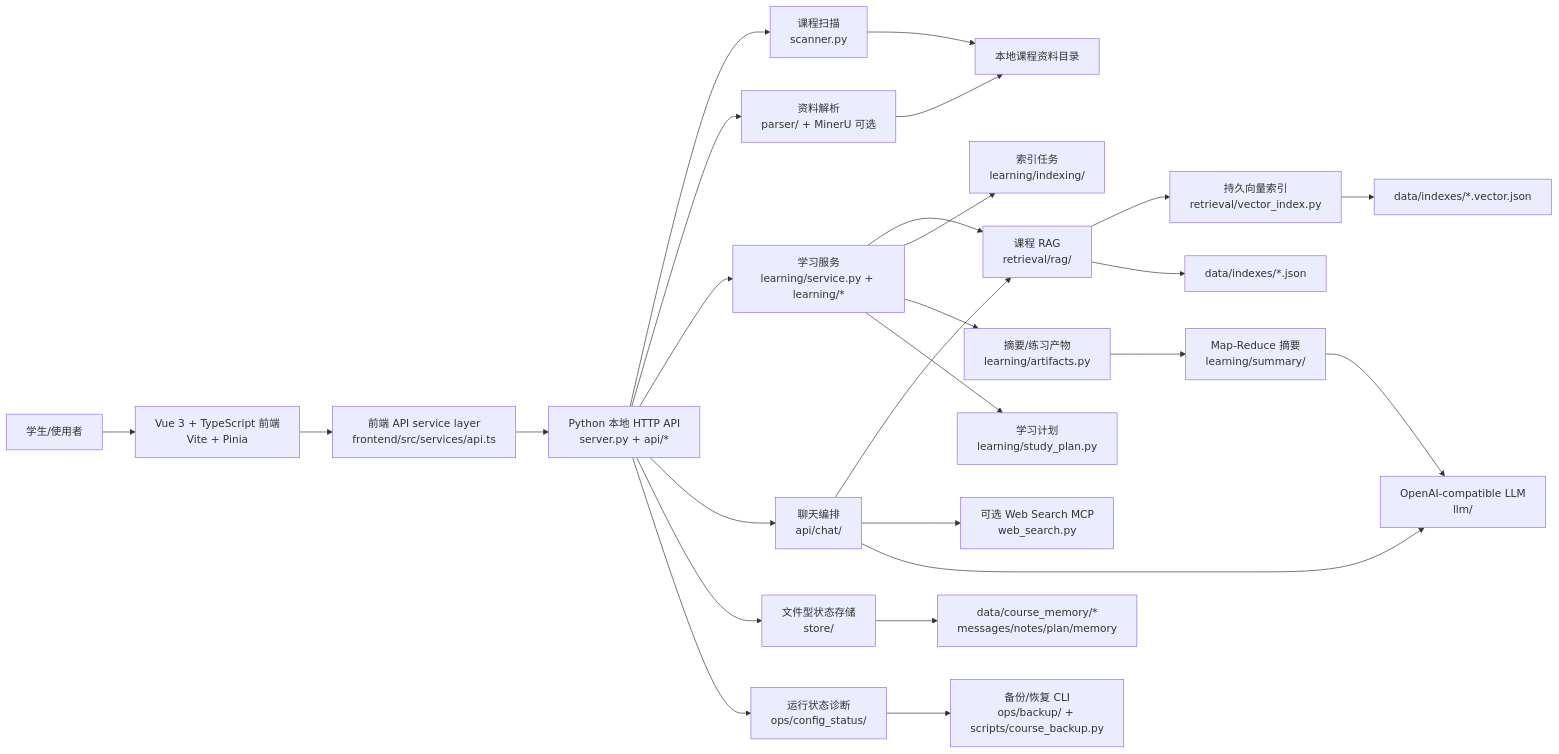
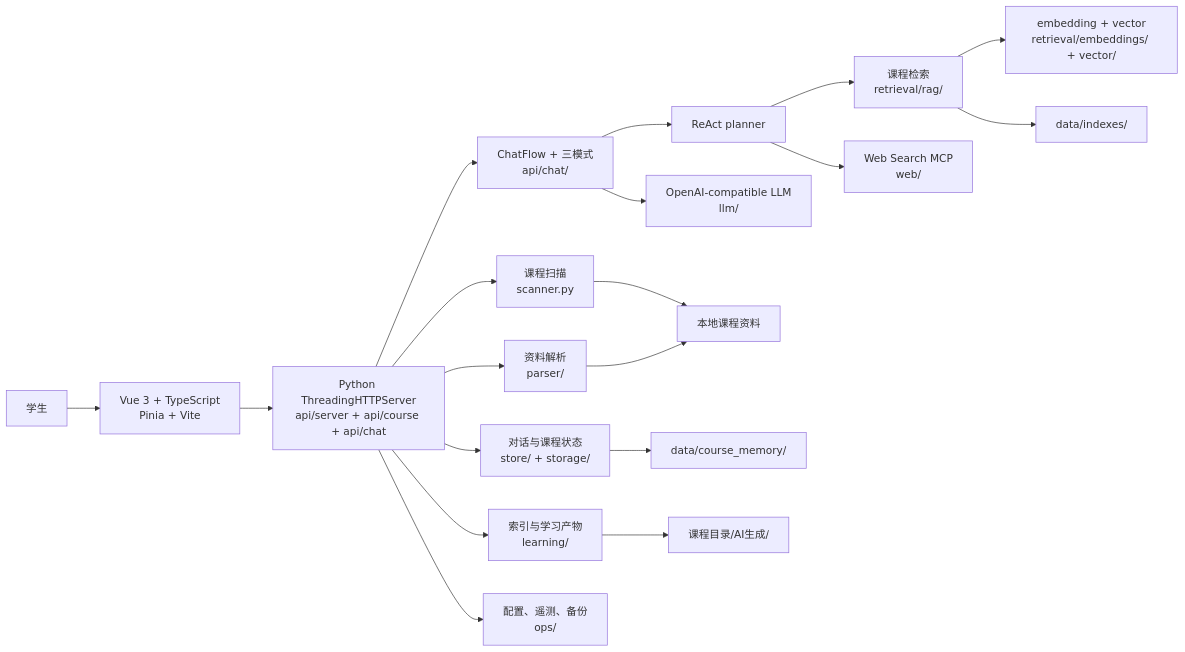
Before and after one commit to LuMH1027/ai-learn-assistant: the first of 5 diagrams in docs/夏季实训提交材料/系统设计.md, drawn with Mermaid. The commit also changed other lines of this file and 50 other files, not shown here.

````diff
--- a/docs/夏季实训提交材料/系统设计.md
+++ b/docs/夏季实训提交材料/系统设计.md
@@ -7,31 +9,24 @@
 ```mermaid
 flowchart LR
-    User["学生/使用者"] --> Browser["Vue 3 + TypeScript 前端<br/>Vite + Pinia"]
-    Browser --> FrontApi["前端 API service layer<br/>frontend/src/services/api.ts"]
-    FrontApi --> API["Python 本地 HTTP API<br/>server.py + api/*"]
+    User["学生"] --> Frontend["Vue 3 + TypeScript<br/>Pinia + Vite"]
+    Frontend --> API["Python ThreadingHTTPServer<br/>api/server + api/course + api/chat"]
 
     API --> Scanner["课程扫描<br/>scanner.py"]
-    API --> Parser["资料解析<br/>parser/ + MinerU 可选"]
-    API --> Learning["学习服务<br/>learning/service.py + learning/*"]
-    API --> Chat["聊天编排<br/>api/chat/"]
-    API --> Store["文件型状态存储<br/>store/"]
-    API --> Ops["运行状态诊断<br/>ops/config_status/"]
+    API --> Parser["资料解析<br/>parser/"]
+    API --> Chat["ChatFlow + 三模式<br/>api/chat/"]
+    API --> Learning["索引与学习产物<br/>learning/"]
+    API --> Store["对话与课程状态<br/>store/ + storage/"]
+    API --> Ops["配置、遥测、备份<br/>ops/"]
 
-    Learning --> RAG["课程 RAG<br/>retrieval/rag/"]
-    Chat --> RAG
-    Chat --> WebSearch["可选 Web Search MCP<br/>web_search.py"]
+    Chat --> Planner["ReAct planner"]
+    Planner --> RAG["课程检索<br/>retrieval/rag/"]
+    Planner --> Web["Web Search MCP<br/>web/"]
     Chat --> LLM["OpenAI-compatible LLM<br/>llm/"]
-    Learning --> Indexing["索引任务<br/>learning/indexing/"]
-    Learning --> Artifacts["摘要/练习产物<br/>learning/artifacts.py"]
-    Learning --> StudyPlan["学习计划<br/>learning/study_plan.py"]
-    Artifacts --> Summary["Map-Reduce 摘要<br/>learning/summary/"]
-    Summary --> LLM
-    RAG --> Vector["持久向量索引<br/>retrieval/vector_index.py"]
+    RAG --> Vector["embedding + vector<br/>retrieval/embeddings/ + vector/"]
 
-    Scanner --> CourseFiles["本地课程资料目录"]
+    Scanner --> CourseFiles["本地课程资料"]
     Parser --> CourseFiles
-    Store --> DataFiles["data/course_memory/*<br/>messages/notes/plan/memory"]
-    RAG --> JsonIndex["data/indexes/*.json"]
-    Vector --> VectorIndex["data/indexes/*.vector.json"]
-    Ops --> Backup["备份/恢复 CLI<br/>ops/backup/ + scripts/course_backup.py"]
+    Store --> CourseState["data/course_memory/"]
+    RAG --> Indexes["data/indexes/"]
+    Learning --> Generated["课程目录/AI生成/"]
 ```
````
